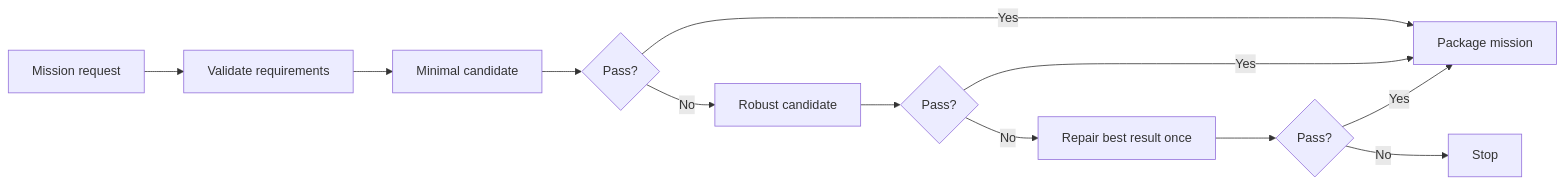
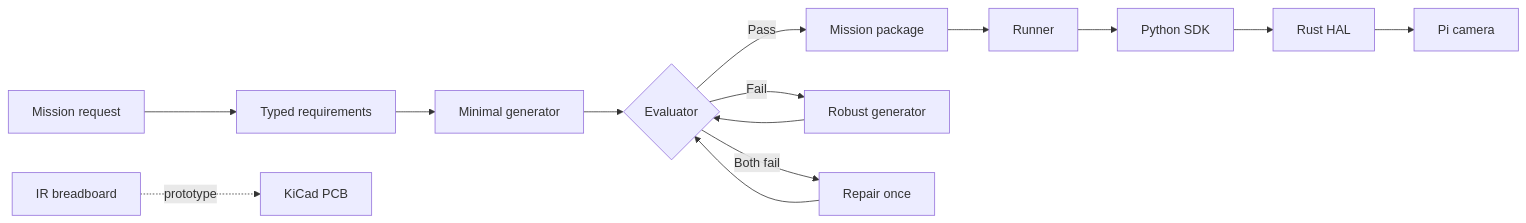
Before and after one commit to dmarcr1997/COR-SAT: the diagram in README.md, drawn with Mermaid. The commit also changed other lines of this file and 7 other files, not shown here.

````diff
--- a/README.md
+++ b/README.md
@@ -5,14 +9,17 @@
 ```mermaid
 flowchart LR
-    A[Mission request] --> B[Validate requirements]
-    B --> C[Minimal candidate]
-    C --> D{Pass?}
-    D -->|Yes| H[Package mission]
-    D -->|No| E[Robust candidate]
-    E --> F{Pass?}
-    F -->|Yes| H
-    F -->|No| G[Repair best result once]
-    G --> I{Pass?}
-    I -->|Yes| H
-    I -->|No| J[Stop]
+    A[Mission request] --> B[Typed requirements]
+    B --> C[Minimal generator]
+    C --> D{Evaluator}
+    D -->|Pass| H[Mission package]
+    D -->|Fail| E[Robust generator]
+    E --> D
+    D -->|Both fail| F[Repair once]
+    F --> D
+    H --> I[Runner]
+    I --> J[Python SDK]
+    J --> K[Rust HAL]
+    K --> L[Pi camera]
+
+    M[IR breadboard] -. prototype .-> N[KiCad PCB]
 ```
````
